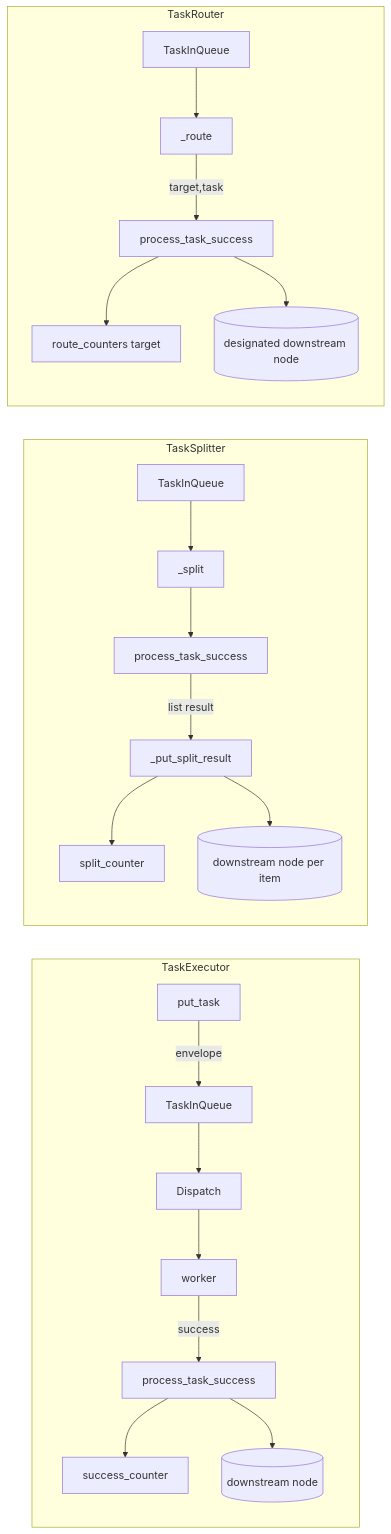
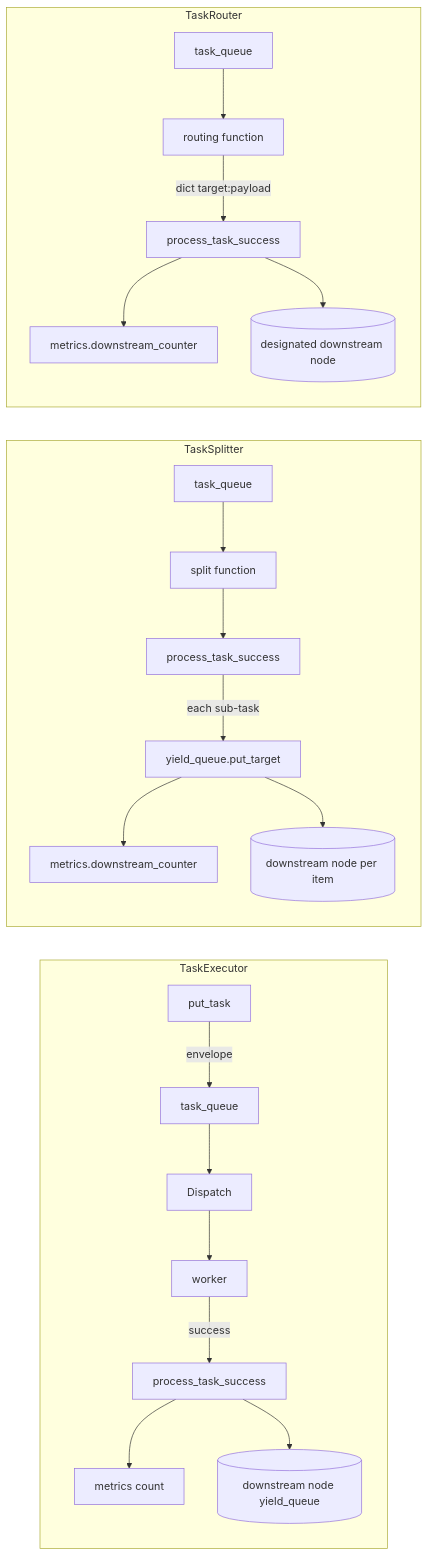
One commit to Mr-xiaotian/CelestialFlow changed the diagram in docs/en/tests/node/test_nodes.md. Above: the diagram before and after it, drawn with Mermaid. The commit also changed other lines of this file and 211 other files, not shown here.

````diff
--- a/docs/en/tests/node/test_nodes.md
+++ b/docs/en/tests/node/test_nodes.md
@@ -64,26 +63,26 @@
 ```mermaid
 flowchart LR
     subgraph "TaskExecutor"
-        PutTask[put_task] -->|envelope| Q[TaskInQueue]
+        PutTask[put_task] -->|envelope| Q[task_queue]
         Q --> D[Dispatch]
         D --> W[worker]
         W -->|success| SP[process_task_success]
-        SP --> Counter[success_counter]
-        SP --> Downstream[(downstream node)]
+        SP --> Counter[metrics count]
+        SP --> Downstream[(downstream node yield_queue)]
     end
 
     subgraph "TaskSplitter"
-        Q2[TaskInQueue] --> DS[_split]
+        Q2[task_queue] --> DS[split function]
         DS --> PSR[process_task_success]
-        PSR -->|list result| PSR_put[_put_split_result]
-        PSR_put --> SC[split_counter]
+        PSR -->|each sub-task| PSR_put[yield_queue.put_target]
+        PSR_put --> SC[metrics.downstream_counter]
         PSR_put --> Down2[(downstream node per item)]
     end
 
     subgraph "TaskRouter"
-        Q3[TaskInQueue] --> DR[_route]
-        DR -->|target,task| PR[process_task_success]
-        PR --> RC[route_counters target]
+        Q3[task_queue] --> DR[routing function]
+        DR -->|dict target:payload| PR[process_task_success]
+        PR --> RC[metrics.downstream_counter]
         PR --> Down3[(designated downstream node)]
     end
 ```
````
